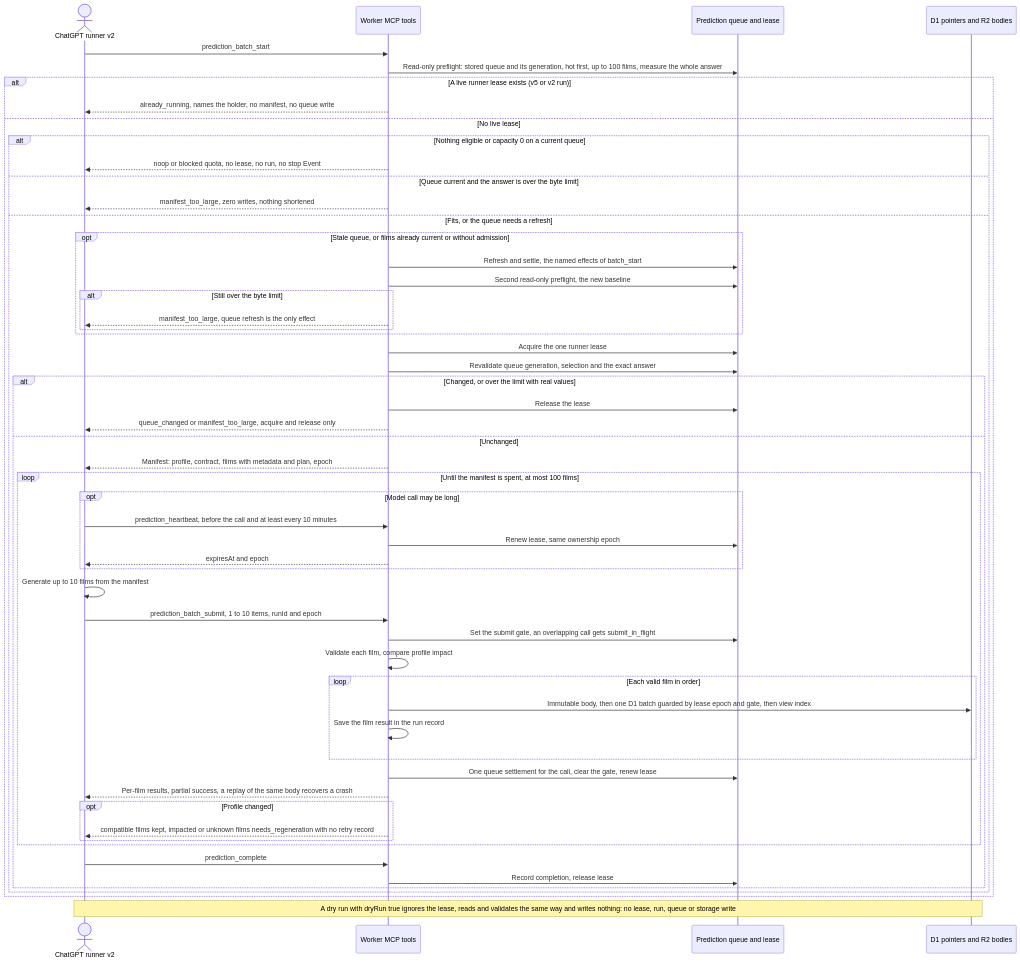
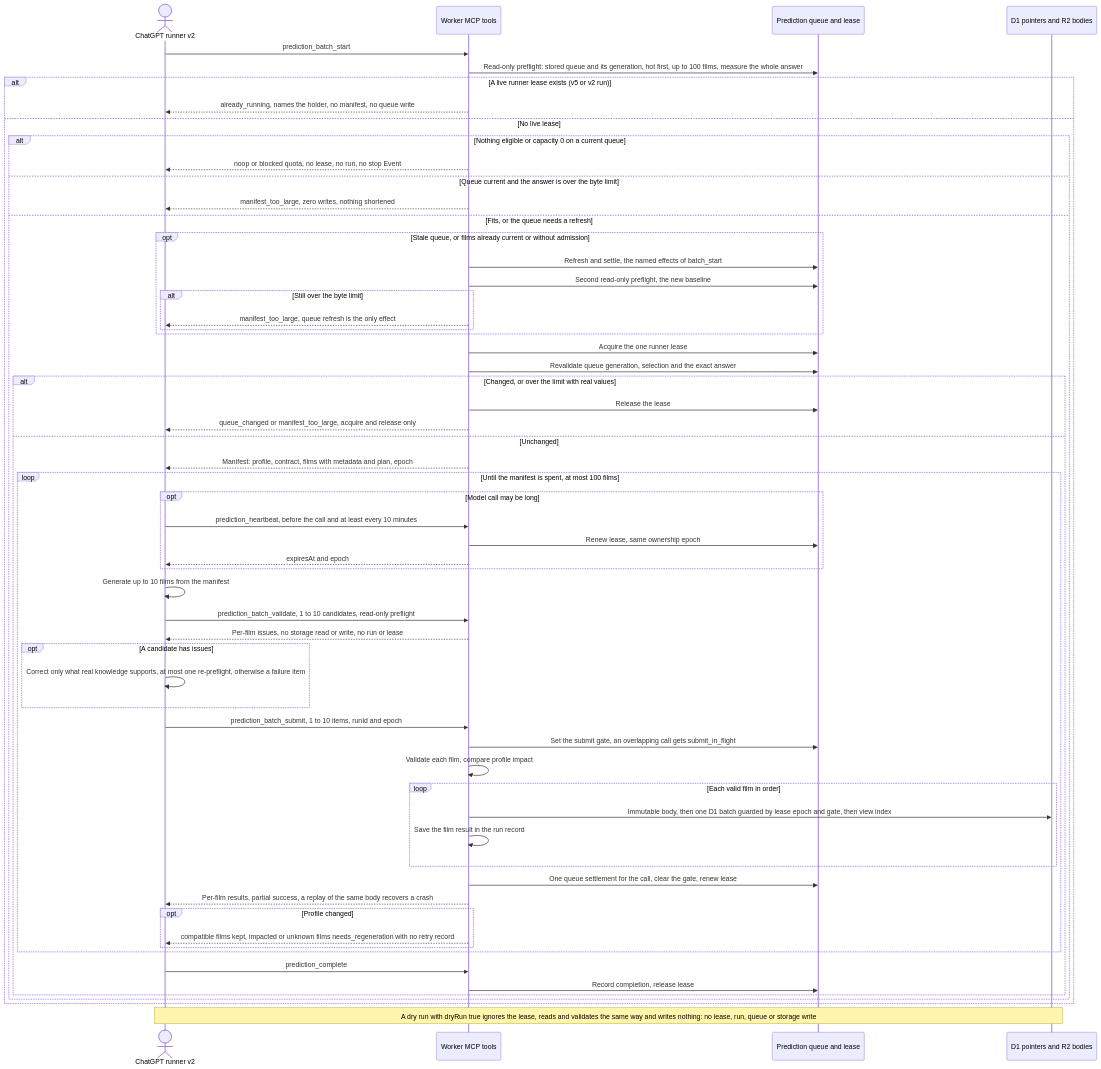
The second of 3 diagrams in docs/architecture/prediction-pipeline.md (vladimino/iptv-watchlist), drawn with Mermaid before and after one commit. The commit also changed other lines of this file and 21 other files, not shown here.

First line of the commit message:
AIR-450: Add read-only prediction batch preflight (ADR 0131)

````diff
--- a/docs/architecture/prediction-pipeline.md
+++ b/docs/architecture/prediction-pipeline.md
@@ -68,57 +68,62 @@
 ```mermaid
 sequenceDiagram
     actor Client as ChatGPT runner v2
     participant MCP as Worker MCP tools
     participant Queue as Prediction queue and lease
     participant Store as D1 pointers and R2 bodies
     Client->>MCP: prediction_batch_start
     MCP->>Queue: Read-only preflight: stored queue and its generation, hot first, up to 100 films, measure the whole answer
     alt A live runner lease exists (v5 or v2 run)
         MCP-->>Client: already_running, names the holder, no manifest, no queue write
     else No live lease
         alt Nothing eligible or capacity 0 on a current queue
             MCP-->>Client: noop or blocked quota, no lease, no run, no stop Event
         else Queue current and the answer is over the byte limit
             MCP-->>Client: manifest_too_large, zero writes, nothing shortened
         else Fits, or the queue needs a refresh
             opt Stale queue, or films already current or without admission
                 MCP->>Queue: Refresh and settle, the named effects of batch_start
                 MCP->>Queue: Second read-only preflight, the new baseline
                 alt Still over the byte limit
                     MCP-->>Client: manifest_too_large, queue refresh is the only effect
                 end
             end
             MCP->>Queue: Acquire the one runner lease
             MCP->>Queue: Revalidate queue generation, selection and the exact answer
             alt Changed, or over the limit with real values
                 MCP->>Queue: Release the lease
                 MCP-->>Client: queue_changed or manifest_too_large, acquire and release only
             else Unchanged
                 MCP-->>Client: Manifest: profile, contract, films with metadata and plan, epoch
                 loop Until the manifest is spent, at most 100 films
                     opt Model call may be long
                         Client->>MCP: prediction_heartbeat, before the call and at least every 10 minutes
                         MCP->>Queue: Renew lease, same ownership epoch
                         MCP-->>Client: expiresAt and epoch
                     end
                     Client->>Client: Generate up to 10 films from the manifest
+                    Client->>MCP: prediction_batch_validate, 1 to 10 candidates, read-only preflight
+                    MCP-->>Client: Per-film issues, no storage read or write, no run or lease
+                    opt A candidate has issues
+                        Client->>Client: Correct only what real knowledge supports, at most one re-preflight, otherwise a failure item
+                    end
                     Client->>MCP: prediction_batch_submit, 1 to 10 items, runId and epoch
                     MCP->>Queue: Set the submit gate, an overlapping call gets submit_in_flight
                     MCP->>MCP: Validate each film, compare profile impact
                     loop Each valid film in order
                         MCP->>Store: Immutable body, then one D1 batch guarded by lease epoch and gate, then view index
                         MCP->>MCP: Save the film result in the run record
                     end
                     MCP->>Queue: One queue settlement for the call, clear the gate, renew lease
                     MCP-->>Client: Per-film results, partial success, a replay of the same body recovers a crash
                     opt Profile changed
                         MCP-->>Client: compatible films kept, impacted or unknown films needs_regeneration with no retry record
                     end
                 end
                 Client->>MCP: prediction_complete
                 MCP->>Queue: Record completion, release lease
             end
         end
     end
     Note over Client,Store: A dry run with dryRun true ignores the lease, reads and validates the same way and writes nothing: no lease, run, queue or storage write
 ```
````
